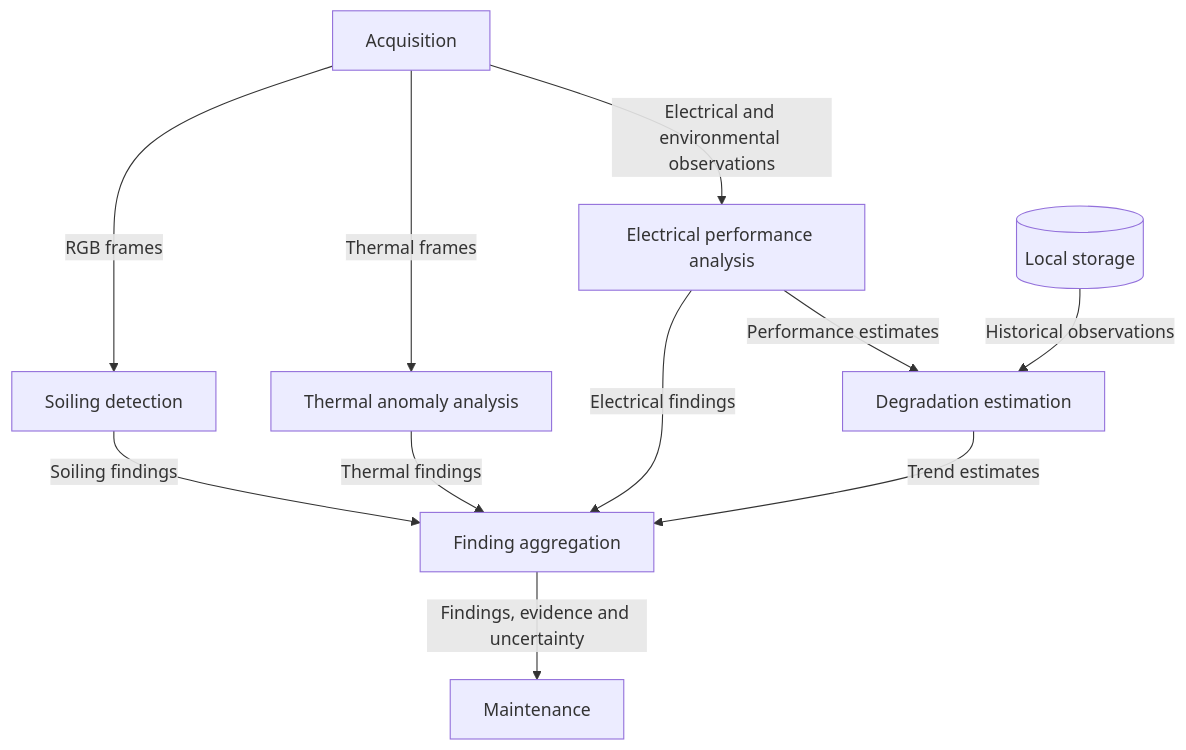
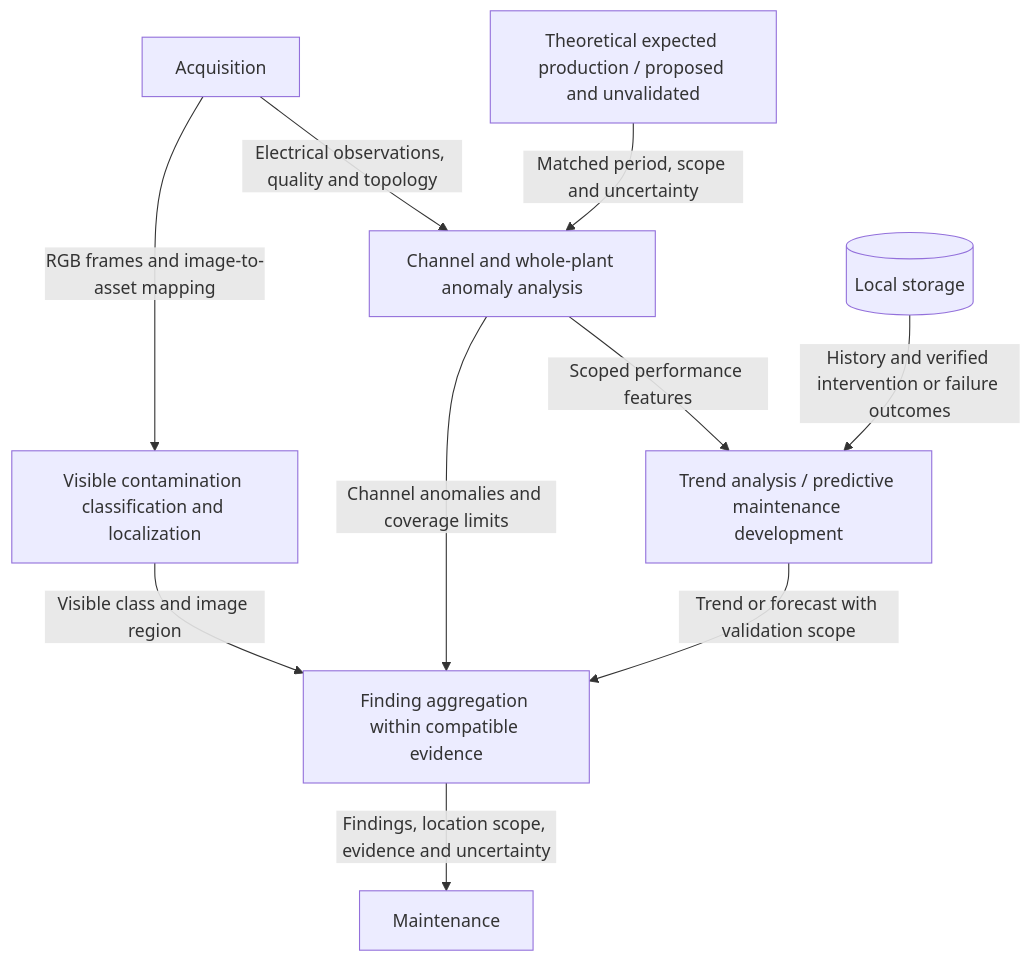
Before and after one commit to B-AROL-O/hackturin-2026: the diagram in docs/architecture/components/diagnostics.md, drawn with Mermaid. The commit also changed other lines of this file and 71 other files, not shown here.

````diff
--- a/docs/architecture/components/diagnostics.md
+++ b/docs/architecture/components/diagnostics.md
@@ -10,21 +10,20 @@
 ```mermaid
 flowchart TB
     acquisition["Acquisition"]
-    rgb["Soiling detection"]
-    thermal["Thermal anomaly analysis"]
-    electrical["Electrical performance analysis"]
+    rgb["Visible contamination classification and localization"]
+    electrical["Channel and whole-plant anomaly analysis"]
+    reference["Theoretical expected production / proposed and unvalidated"]
     history[("Local storage")]
-    degradation["Degradation estimation"]
-    fusion["Finding aggregation"]
+    trends["Trend analysis / predictive maintenance development"]
+    fusion["Finding aggregation within compatible evidence"]
     maintenance["Maintenance"]
-    acquisition -->|RGB frames| rgb
-    acquisition -->|Thermal frames| thermal
-    acquisition -->|Electrical and environmental observations| electrical
-    electrical -->|Performance estimates| degradation
-    history -->|Historical observations| degradation
-    rgb -->|Soiling findings| fusion
-    thermal -->|Thermal findings| fusion
-    electrical -->|Electrical findings| fusion
-    degradation -->|Trend estimates| fusion
-    fusion -->|Findings, evidence and uncertainty| maintenance
+    acquisition -->|RGB frames and image-to-asset mapping| rgb
+    acquisition -->|Electrical observations, quality and topology| electrical
+    reference -->|Matched period, scope and uncertainty| electrical
+    electrical -->|Scoped performance features| trends
+    history -->|History and verified intervention or failure outcomes| trends
+    rgb -->|Visible class and image region| fusion
+    electrical -->|Channel anomalies and coverage limits| fusion
+    trends -->|Trend or forecast with validation scope| fusion
+    fusion -->|Findings, location scope, evidence and uncertainty| maintenance
 ```
````
